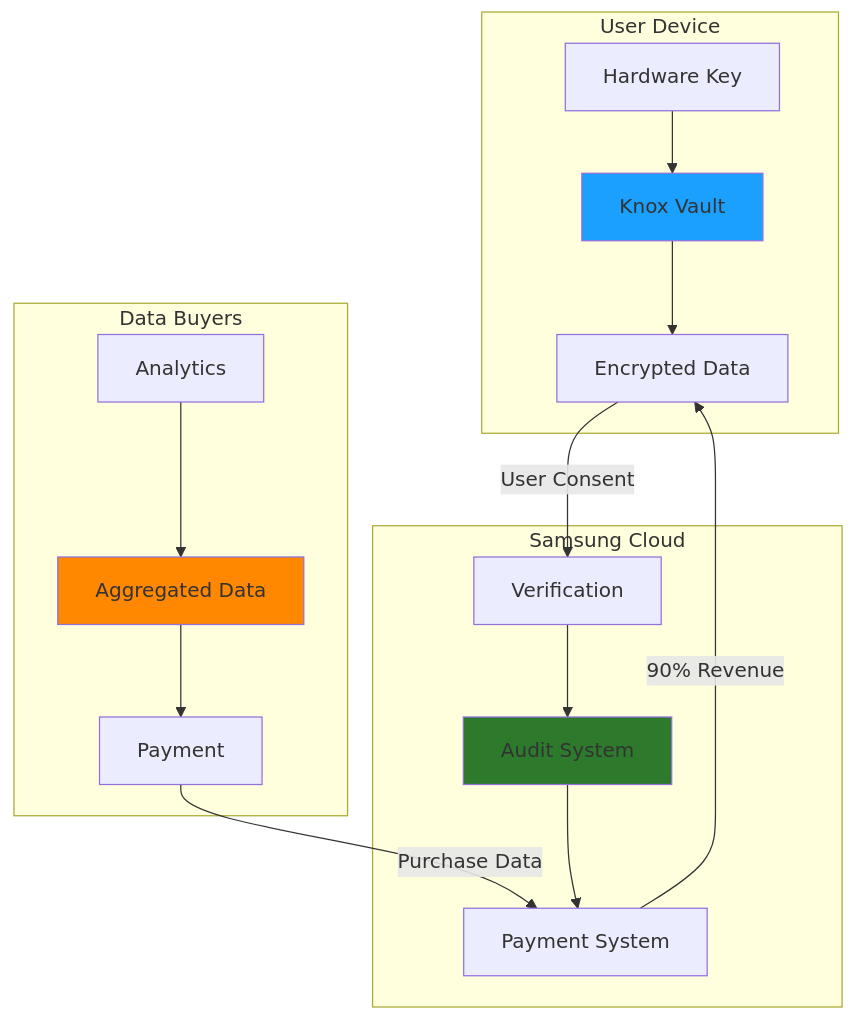
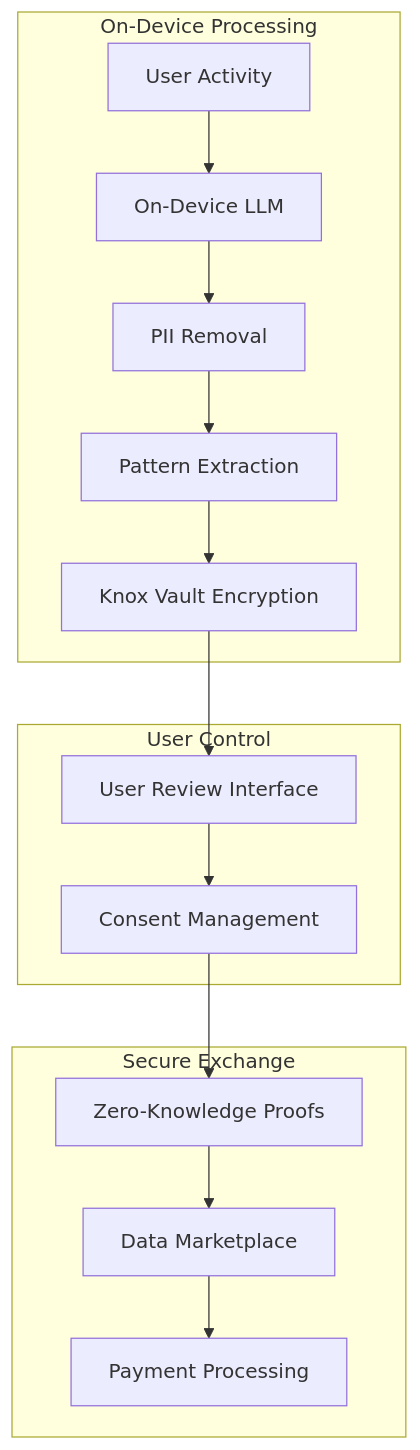
Before and after one commit to yxl74/AI_PITCH: the second of 2 diagrams in pitch.md, drawn with Mermaid. The commit also changed other lines of this file, not shown here.

````diff
--- a/pitch.md
+++ b/pitch.md
@@ -371,34 +95,20 @@
 ```mermaid
 flowchart TB
-    subgraph "User Device"
-        A[Knox Vault]
-        B[Hardware Key]
-        C[Encrypted Data]
-        B --> A
-        A --> C
+    subgraph "On-Device Processing"
+        A[User Activity] --> B[On-Device LLM]
+        B --> C[PII Removal]
+        C --> D[Pattern Extraction]
+        D --> E[Knox Vault Encryption]
     end
     
-    subgraph "Samsung Cloud"
-        D[Verification]
-        E[Audit System]
-        F[Payment System]
-        D --> E
-        E --> F
+    subgraph "User Control"
+        E --> F[User Review Interface]
+        F --> G[Consent Management]
     end
     
-    subgraph "Data Buyers"
-        G[Analytics]
-        H[Aggregated Data]
-        I[Payment]
-        G --> H
-        H --> I
+    subgraph "Secure Exchange"
+        G --> H[Zero-Knowledge Proofs]
+        H --> I[Data Marketplace]
+        I --> J[Payment Processing]
     end
-    
-    C -->|User Consent| D
-    F -->|90% Revenue| C
-    I -->|Purchase Data| F
-    
-    style A fill:#1ba0ff
-    style E fill:#2d7a2d
-    style H fill:#ff8800
 ```
````
